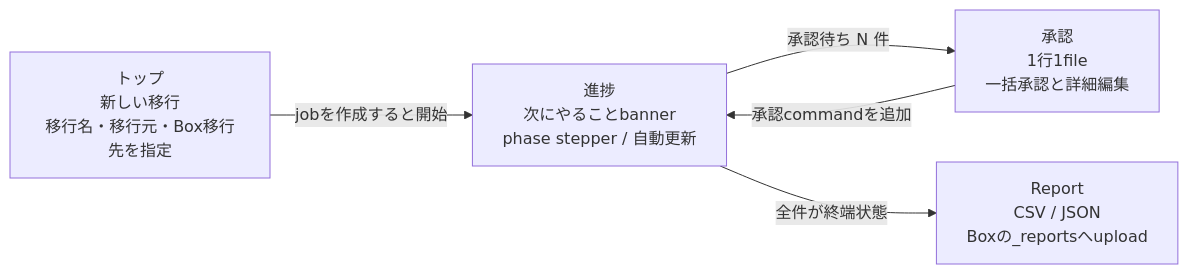
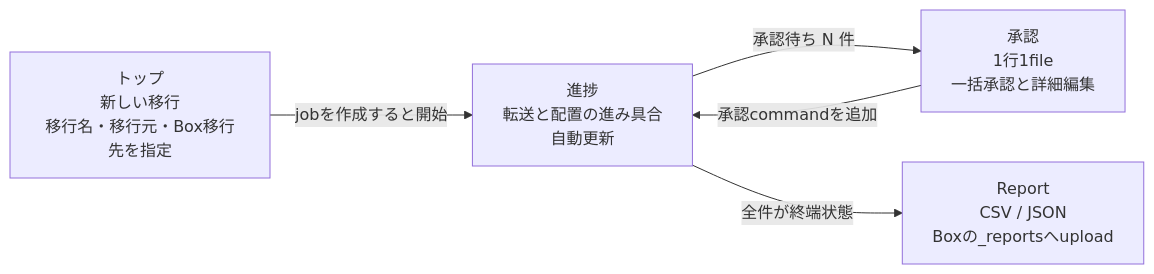
Before and after one commit to moodblu3-sys/shuttle-lite: the fifth of 6 diagrams in README.md, drawn with Mermaid. The commit also changed other lines of this file and 12 other files, not shown here.

````diff
--- a/README.md
+++ b/README.md
@@ -182,12 +208,12 @@
 ```mermaid
 flowchart LR
   home["トップ<br/>新しい移行<br/>移行名・移行元・Box移行先を指定"]
-  progress["進捗<br/>次にやることbanner<br/>phase stepper / 自動更新"]
+  progress["進捗<br/>転送と配置の進み具合<br/>自動更新"]
   review["承認<br/>1行1file<br/>一括承認と詳細編集"]
   report["Report<br/>CSV / JSON<br/>Boxの_reportsへupload"]
 
   home -->|"jobを作成すると開始"| progress
   progress -->|"承認待ち N 件"| review
   review -->|"承認commandを追加"| progress
   progress -->|"全件が終端状態"| report
 ```
````
